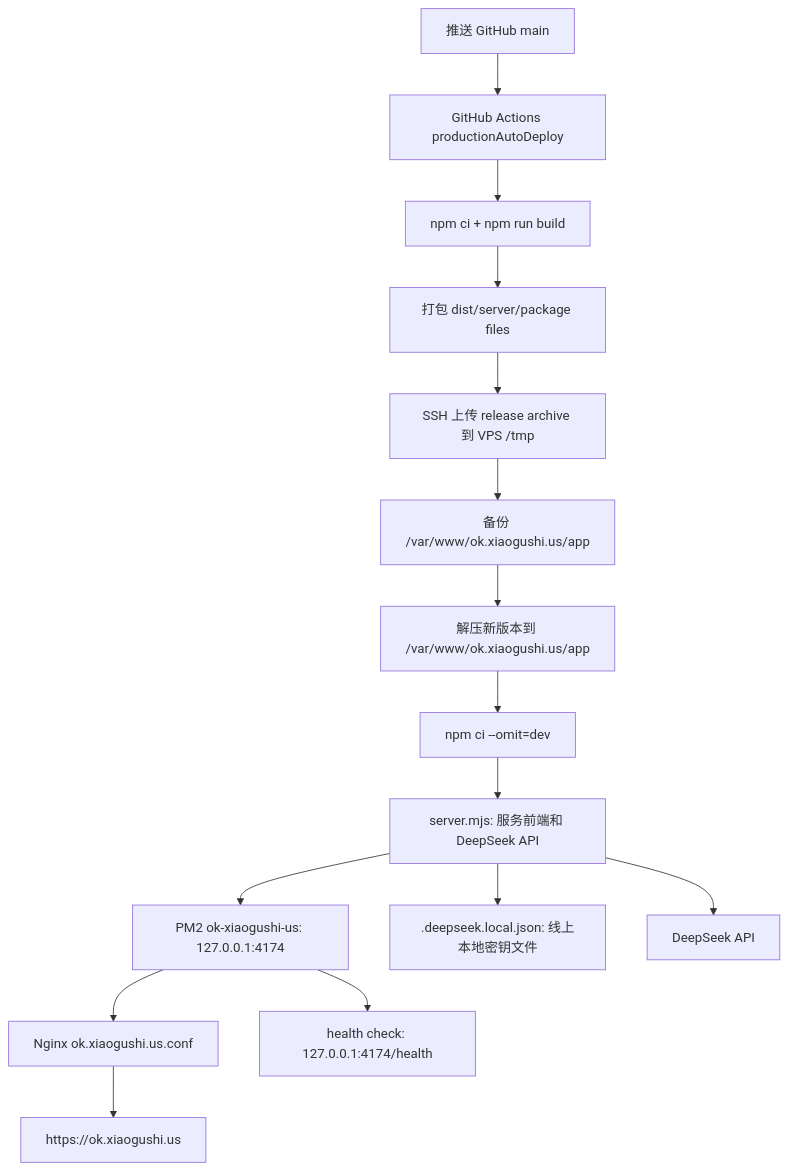
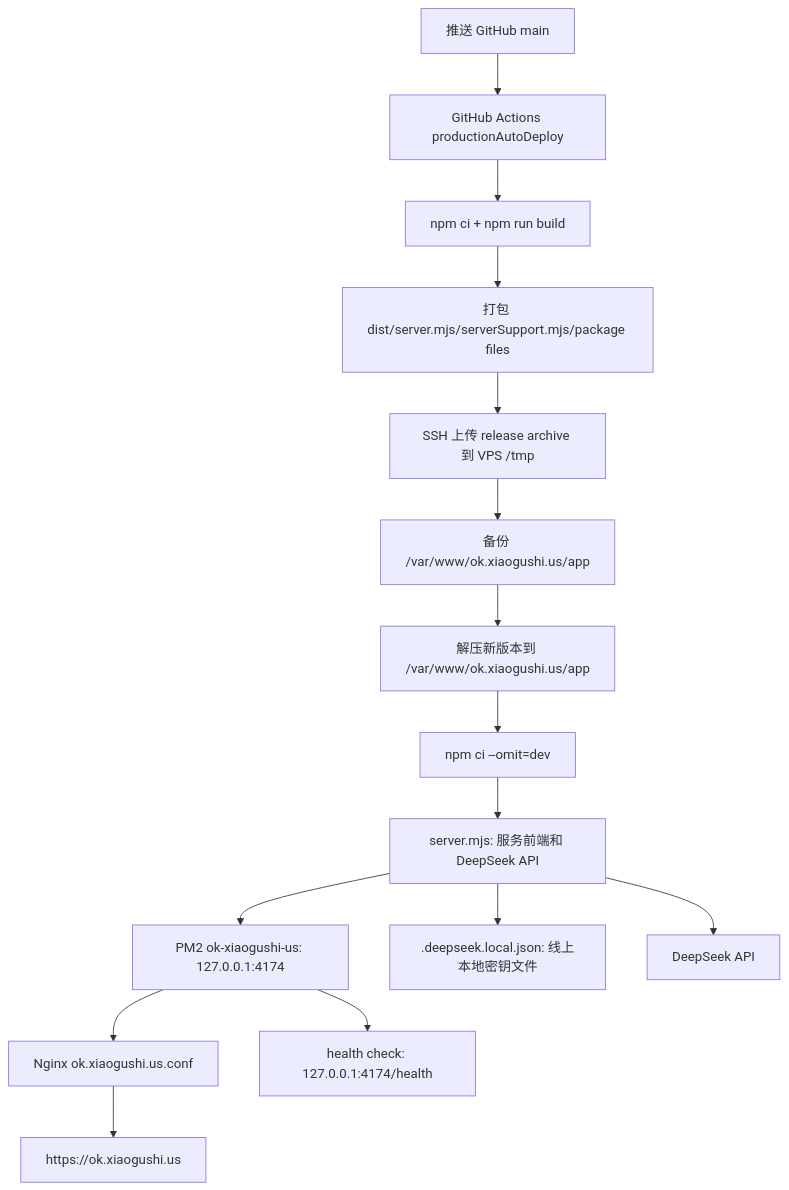
Before and after one commit to ttmanthatman/virtual-human-flow: the third of 30 diagrams in docs/SYSTEM_FLOW.md, drawn with Mermaid. The commit also changed other lines of this file and 2 other files, not shown here.

Commit message:
fix: include server support in production release

````diff
--- a/docs/SYSTEM_FLOW.md
+++ b/docs/SYSTEM_FLOW.md
@@ -76,17 +76,17 @@
 ```mermaid
 flowchart TD
     G[推送 GitHub main] --> GA[GitHub Actions productionAutoDeploy]
     GA --> BUILD[npm ci + npm run build]
-    BUILD --> PKG[打包 dist/server/package files]
+    BUILD --> PKG[打包 dist/server.mjs/serverSupport.mjs/package files]
     PKG --> UPLOAD[SSH 上传 release archive 到 VPS /tmp]
     UPLOAD --> BACKUP[备份 /var/www/ok.xiaogushi.us/app]
     BACKUP --> EXTRACT[解压新版本到 /var/www/ok.xiaogushi.us/app]
     EXTRACT --> INSTALL[npm ci --omit=dev]
     INSTALL --> SRV[server.mjs: 服务前端和 DeepSeek API]
     SRV --> PM2[PM2 ok-xiaogushi-us: 127.0.0.1:4174]
     PM2 --> NGINX[Nginx ok.xiaogushi.us.conf]
     NGINX --> SITE[https://ok.xiaogushi.us]
     SRV --> KEY[.deepseek.local.json: 线上本地密钥文件]
     SRV --> DS[DeepSeek API]
     PM2 --> HEALTH[health check: 127.0.0.1:4174/health]
 ```
````
